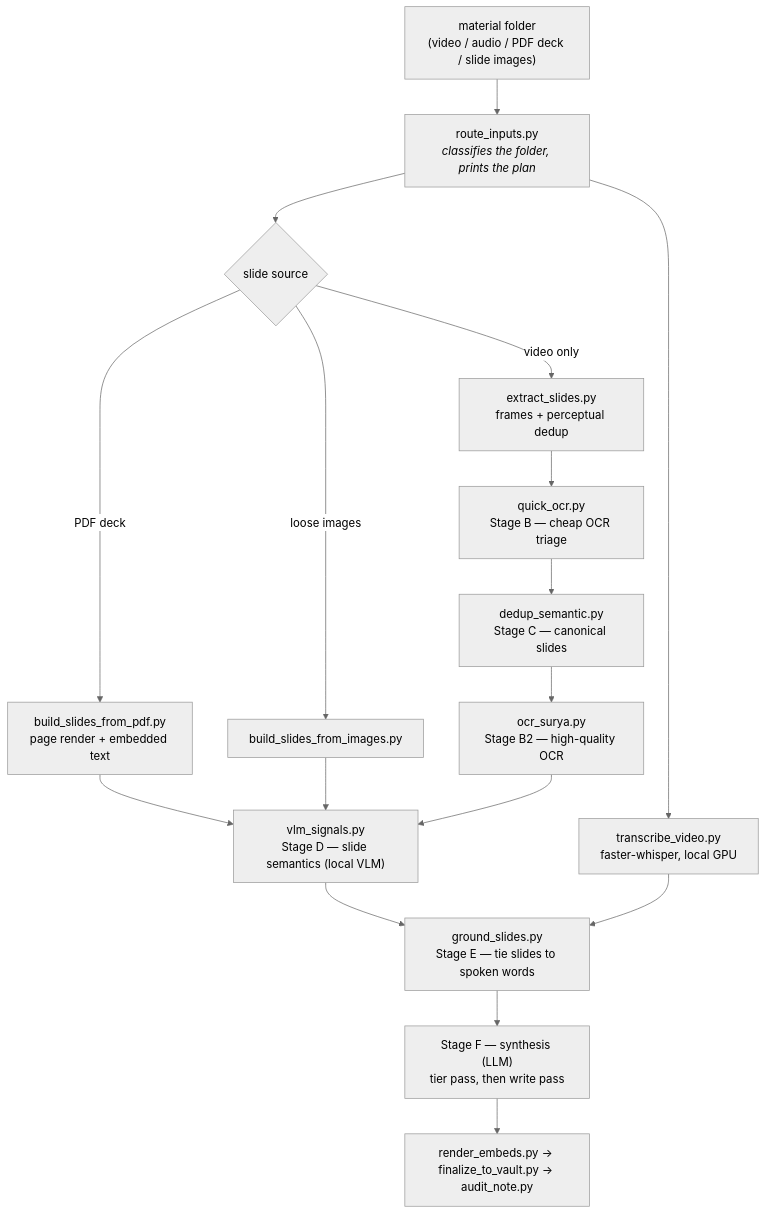
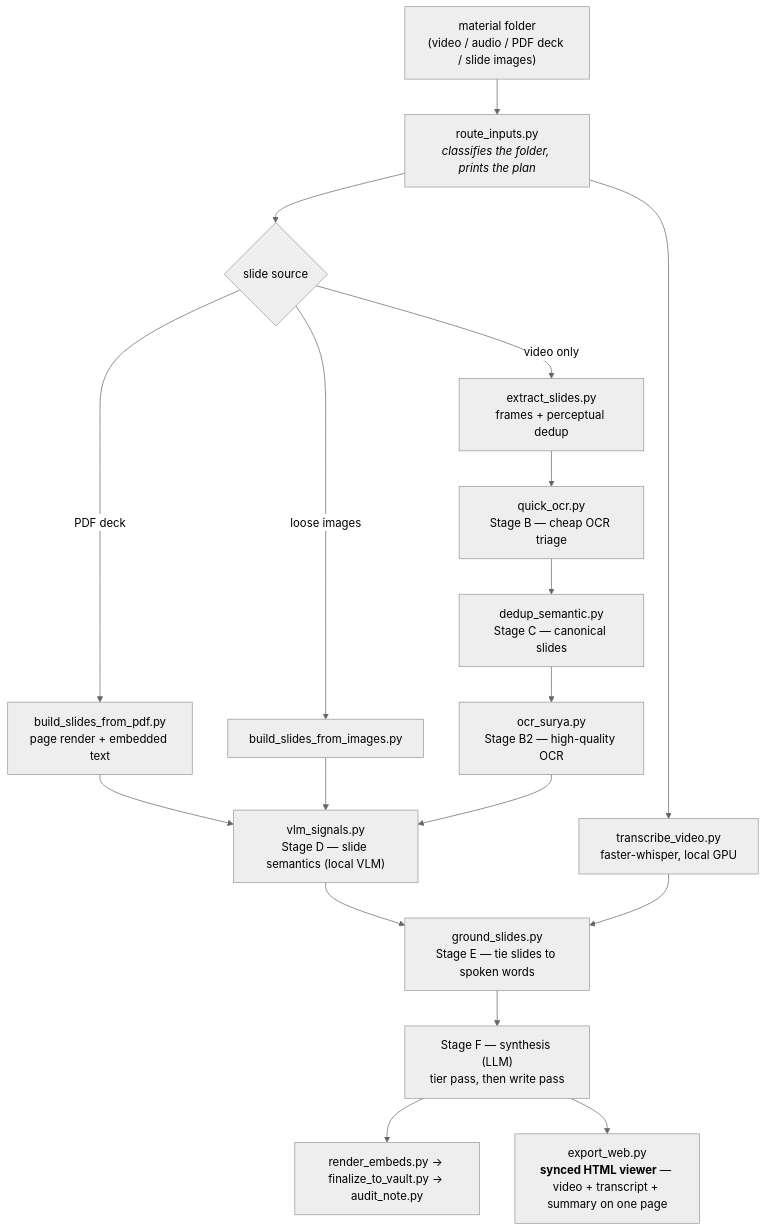
The diagram in README.md (drpwchen/lecture-to-notes), drawn with Mermaid (neutral theme) before and after one commit. The commit also changed other lines of this file, not shown here.

First line of the commit message:
docs: make the synced HTML viewer a first-class feature in README

````diff
--- a/README.md
+++ b/README.md
@@ -20,22 +23,23 @@
 ```mermaid
 flowchart TD
     IN["material folder<br/>(video / audio / PDF deck / slide images)"]
     IN --> R["route_inputs.py<br/><i>classifies the folder, prints the plan</i>"]
     R --> T["transcribe_video.py<br/>faster-whisper, local GPU"]
     R --> S{"slide source"}
 
     S -->|video only| A["extract_slides.py<br/>frames + perceptual dedup"]
     S -->|PDF deck| P["build_slides_from_pdf.py<br/>page render + embedded text"]
     S -->|loose images| I["build_slides_from_images.py"]
 
     A --> B["quick_ocr.py<br/>Stage B — cheap OCR triage"]
     B --> C["dedup_semantic.py<br/>Stage C — canonical slides"]
     C --> B2["ocr_surya.py<br/>Stage B2 — high-quality OCR"]
     P --> D
     I --> D
     B2 --> D["vlm_signals.py<br/>Stage D — slide semantics (local VLM)"]
     D --> E["ground_slides.py<br/>Stage E — tie slides to spoken words"]
     T --> E
     E --> F["Stage F — synthesis (LLM)<br/>tier pass, then write pass"]
     F --> O["render_embeds.py → finalize_to_vault.py → audit_note.py"]
+    F --> W["export_web.py<br/><b>synced HTML viewer</b> — video + transcript + summary on one page"]
 ```
````
